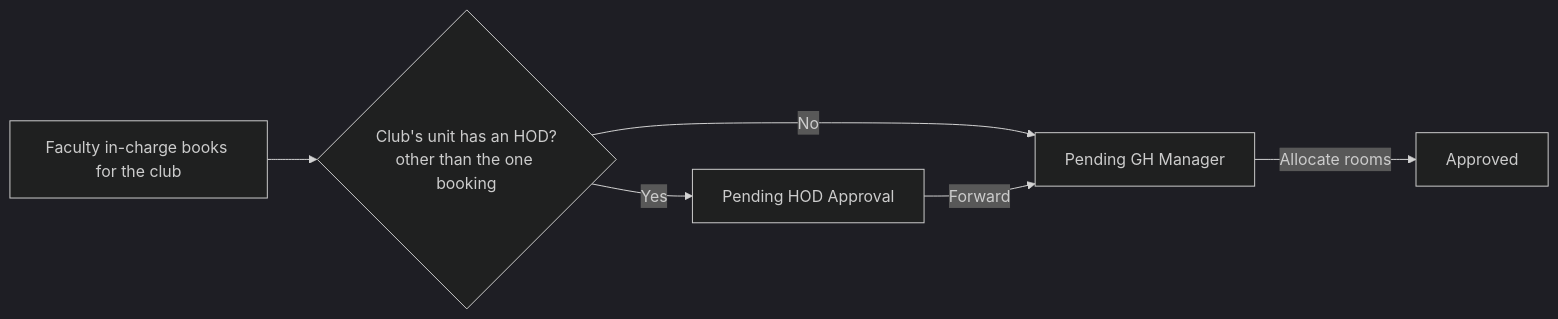
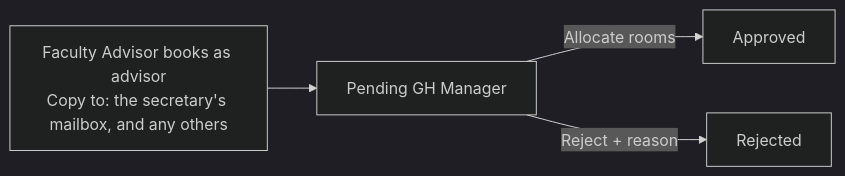
Before and after one commit to DevMittal09/GuestHouseIIT: the fourth of 7 diagrams in .memories/13-workflows.md, drawn with Mermaid (dark theme). The commit also changed other lines of this file and 33 other files, not shown here.

````diff
--- a/.memories/13-workflows.md
+++ b/.memories/13-workflows.md
@@ -99,8 +106,6 @@
 ```mermaid
 flowchart LR
-  F[Faculty in-charge books for the club] --> H{Club's unit has an HOD?<br/>other than the one booking}
-  H -->|Yes| HOD[Pending HOD Approval]
-  H -->|No| M[Pending GH Manager]
-  HOD -->|Forward| M
+  F[Faculty Advisor books as advisor<br/>Copy to: the secretary's mailbox, and any others] --> M[Pending GH Manager]
   M -->|Allocate rooms| AP[Approved]
+  M -->|Reject + reason| R[Rejected]
 ```
````
